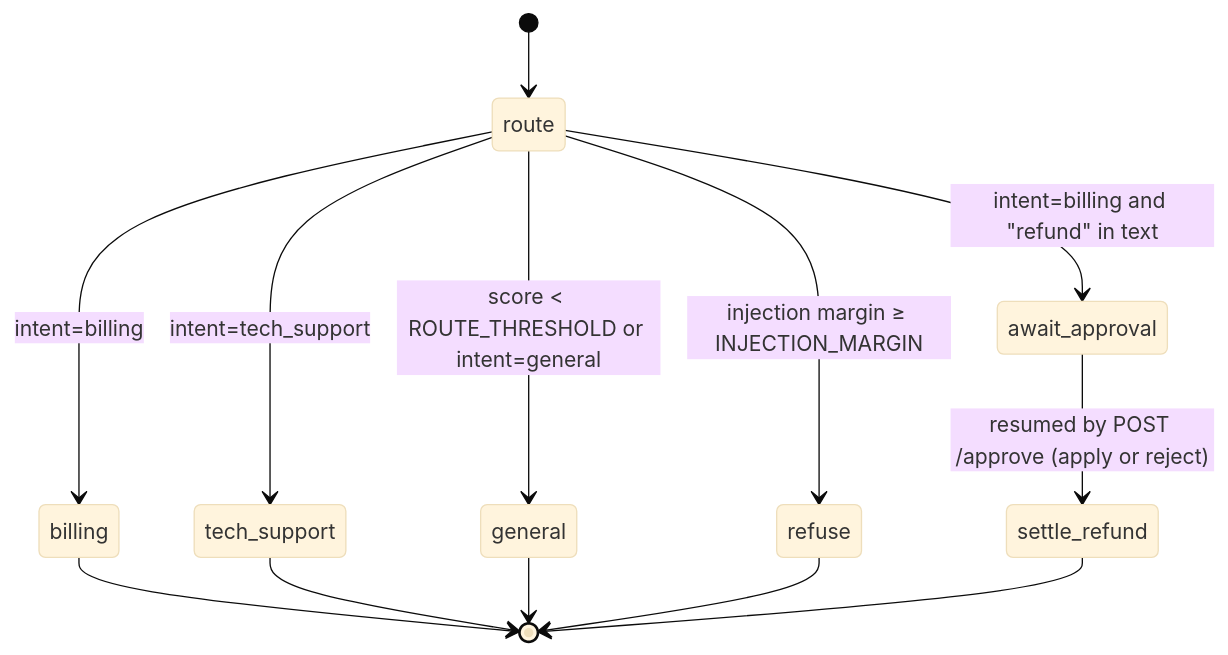
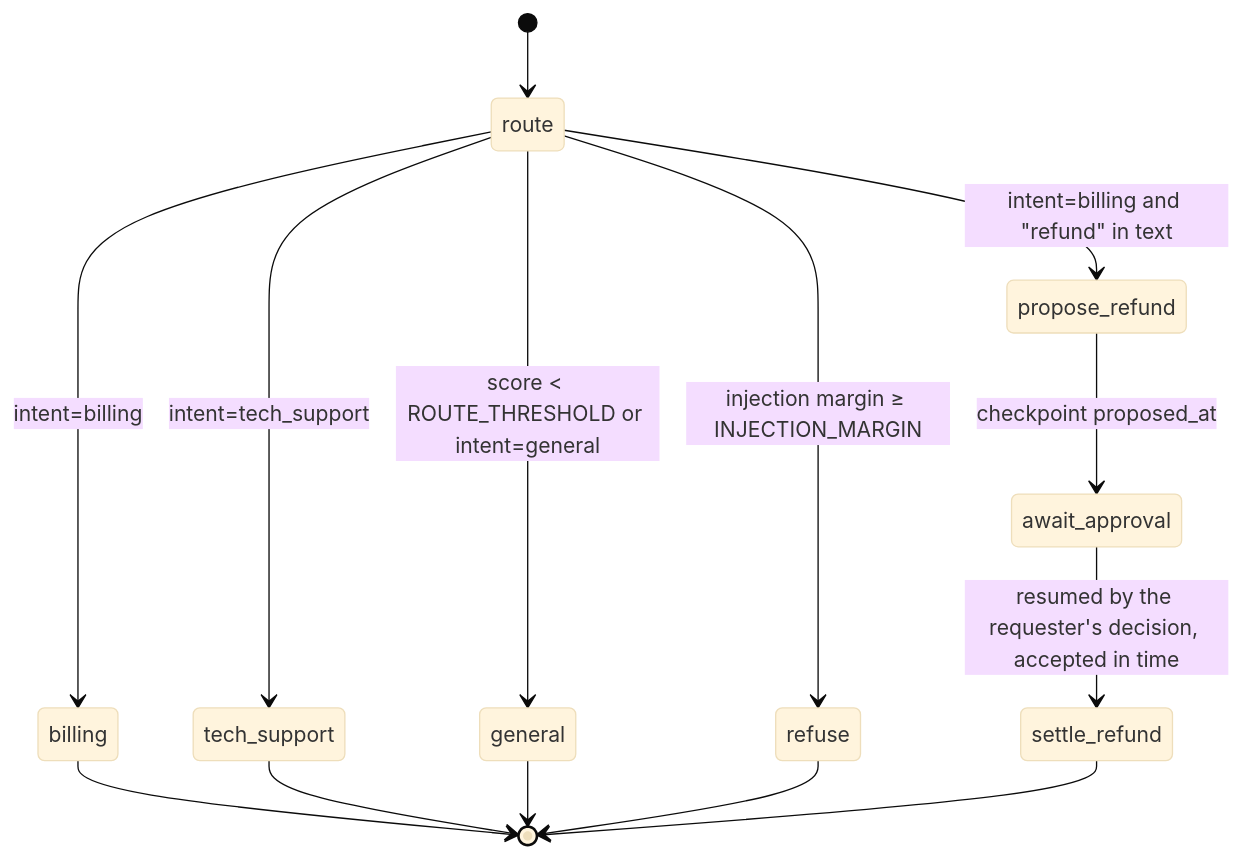
Before and after one commit to jayakumar-devaraj/enterprise-agentic-event-driven-chatbot: the fourth of 5 diagrams in docs/architecture/LLD.md, drawn with Mermaid (base theme). The commit also changed 4 other files, not shown here.

First line of the commit message:
Enforce the approval window and requester where the refund is applied

````diff
--- a/docs/architecture/LLD.md
+++ b/docs/architecture/LLD.md
@@ -127,15 +127,16 @@
 ```mermaid
 stateDiagram-v2
   [*] --> route
   route --> refuse: injection margin ≥ INJECTION_MARGIN
-  route --> await_approval: intent=billing and "refund" in text
+  route --> propose_refund: intent=billing and "refund" in text
+  propose_refund --> await_approval: checkpoint proposed_at
   route --> billing: intent=billing
   route --> tech_support: intent=tech_support
   route --> general: score < ROUTE_THRESHOLD or intent=general
-  await_approval --> settle_refund: resumed by POST /approve (apply or reject)
+  await_approval --> settle_refund: resumed by the requester's decision, accepted in time
   billing --> [*]
   tech_support --> [*]
   general --> [*]
   refuse --> [*]
   settle_refund --> [*]
 ```
````
